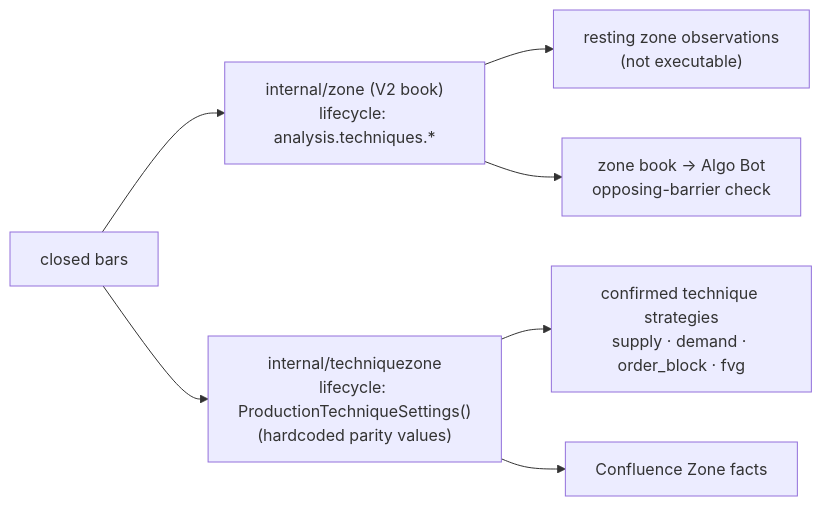
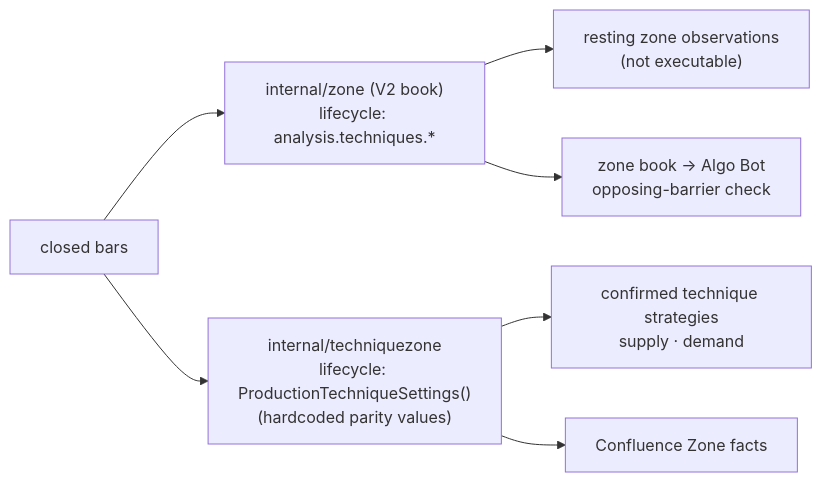
One commit to st-mich43l/apexvoid-trading-bot changed the third of 6 diagrams in docs/analysis-engine.md. Above: the diagram before and after it, drawn with Mermaid. The commit also changed other lines of this file and 18 other files, not shown here.

First line of the commit message:
order_block v7: M15/H1 blocks, room refusal, strategy-owned counter

````diff
--- a/docs/analysis-engine.md
+++ b/docs/analysis-engine.md
@@ -74,9 +74,9 @@
 ```mermaid
 flowchart LR
   BARS[closed bars] --> V2["internal/zone (V2 book)<br/>lifecycle: analysis.techniques.*"]
   BARS --> TZ["internal/techniquezone<br/>lifecycle: ProductionTechniqueSettings()<br/>(hardcoded parity values)"]
   V2 --> REST["resting zone observations<br/>(not executable)"]
   V2 --> ZB["zone book → Algo Bot<br/>opposing-barrier check"]
-  TZ --> CONF["confirmed technique strategies<br/>supply · demand · order_block · fvg"]
+  TZ --> CONF["confirmed technique strategies<br/>supply · demand"]
   TZ --> CZ["Confluence Zone facts"]
 ```
````
